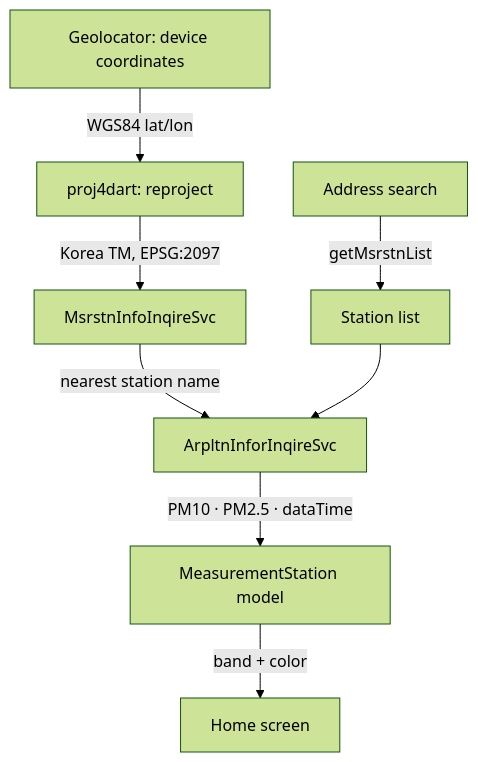
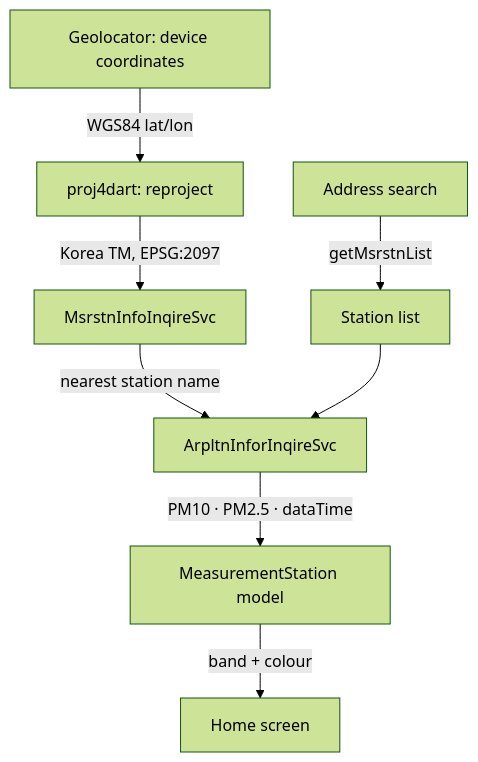
The diagram in README.md (liminal-cipher/fine-dust-tracker), drawn with Mermaid (forest theme) before and after one commit. The commit also changed other lines of this file and 13 other files, not shown here.

````diff
--- a/README.md
+++ b/README.md
@@ -30,9 +30,9 @@
 ```mermaid
 graph TD
     A[Geolocator: device coordinates] -->|WGS84 lat/lon| B[proj4dart: reproject]
     B -->|Korea TM, EPSG:2097| C[MsrstnInfoInqireSvc]
     C -->|nearest station name| D[ArpltnInforInqireSvc]
     D -->|PM10 · PM2.5 · dataTime| E[MeasurementStation model]
-    E -->|band + color| F[Home screen]
+    E -->|band + colour| F[Home screen]
     G[Address search] -->|getMsrstnList| H[Station list] --> D
 ```
````
